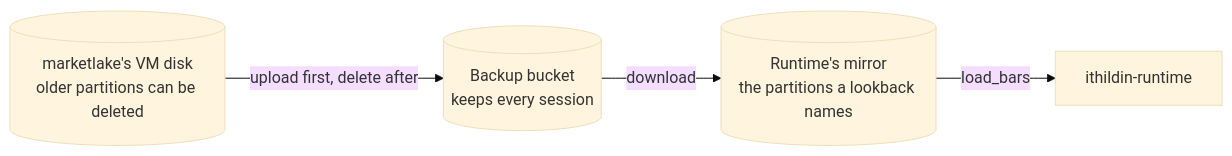
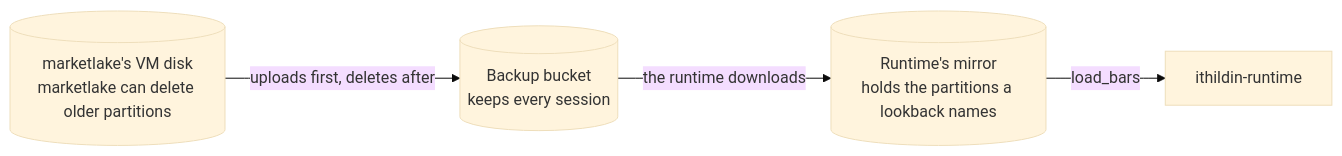
Before and after one commit to l3a0/ithildin-runtime: the fifth of 35 diagrams in docs/architecture.md, drawn with Mermaid (base theme). The commit also changed other lines of this file and 2 other files, not shown here.

First line of the commit message:
docs: restyle the words in the Mermaid diagrams

````diff
--- a/docs/architecture.md
+++ b/docs/architecture.md
@@ -310,10 +310,10 @@
 ```mermaid
 flowchart LR
-    vm[("marketlake's VM disk<br/>older partitions can be deleted")]
+    vm[("marketlake's VM disk<br/>marketlake can delete older partitions")]
     bucket[("Backup bucket<br/>keeps every session")]
-    mirror[("Runtime's mirror<br/>the partitions a lookback names")]
+    mirror[("Runtime's mirror<br/>holds the partitions a lookback names")]
     runtime["ithildin-runtime"]
-    vm -->|"upload first, delete after"| bucket
-    bucket -->|"download"| mirror
+    vm -->|"uploads first, deletes after"| bucket
+    bucket -->|"the runtime downloads"| mirror
     mirror -->|"load_bars"| runtime
 ```
````
